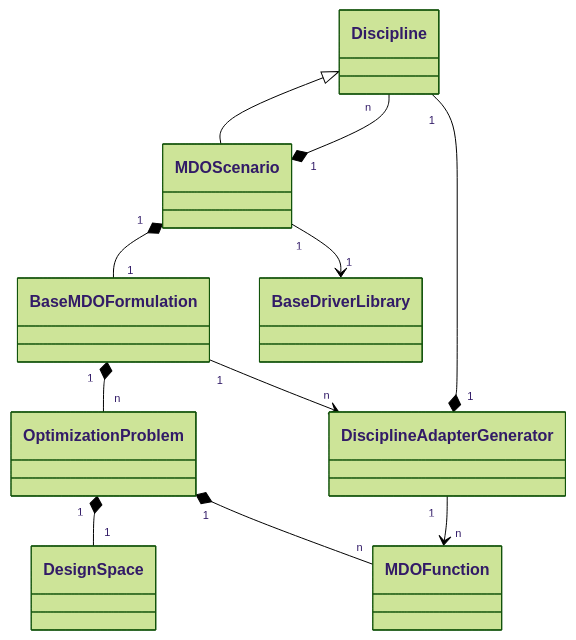
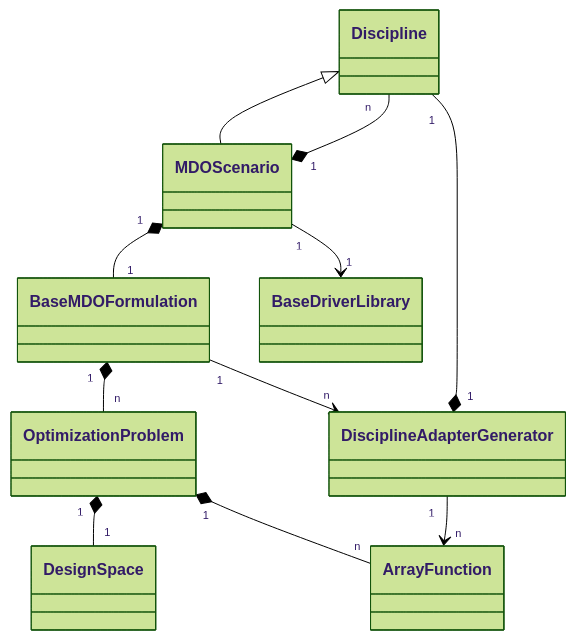
The second of 5 diagrams in docs/software/system_architecture.md (gemseo/gemseo), drawn with Mermaid (forest theme) before and after one commit. The commit also changed other lines of this file and 31 other files, not shown here.

````diff
--- a/docs/software/system_architecture.md
+++ b/docs/software/system_architecture.md
@@ -153,13 +153,13 @@
 ``` mermaid
 classDiagram
     Discipline <|-- MDOScenario
     MDOScenario "1" *-- "n" Discipline
     MDOScenario "1" *-- "1" BaseMDOFormulation
     BaseMDOFormulation "1" *-- "n" OptimizationProblem
-    DisciplineAdapterGenerator "1" --> "n" MDOFunction
+    DisciplineAdapterGenerator "1" --> "n" ArrayFunction
     DisciplineAdapterGenerator "1" *-- "1" Discipline
     MDOScenario "1" --> "1" BaseDriverLibrary
     OptimizationProblem "1" *-- "1" DesignSpace
-    OptimizationProblem "1" *-- "n" MDOFunction
+    OptimizationProblem "1" *-- "n" ArrayFunction
     BaseMDOFormulation "1" --> "n" DisciplineAdapterGenerator
 ```
````
